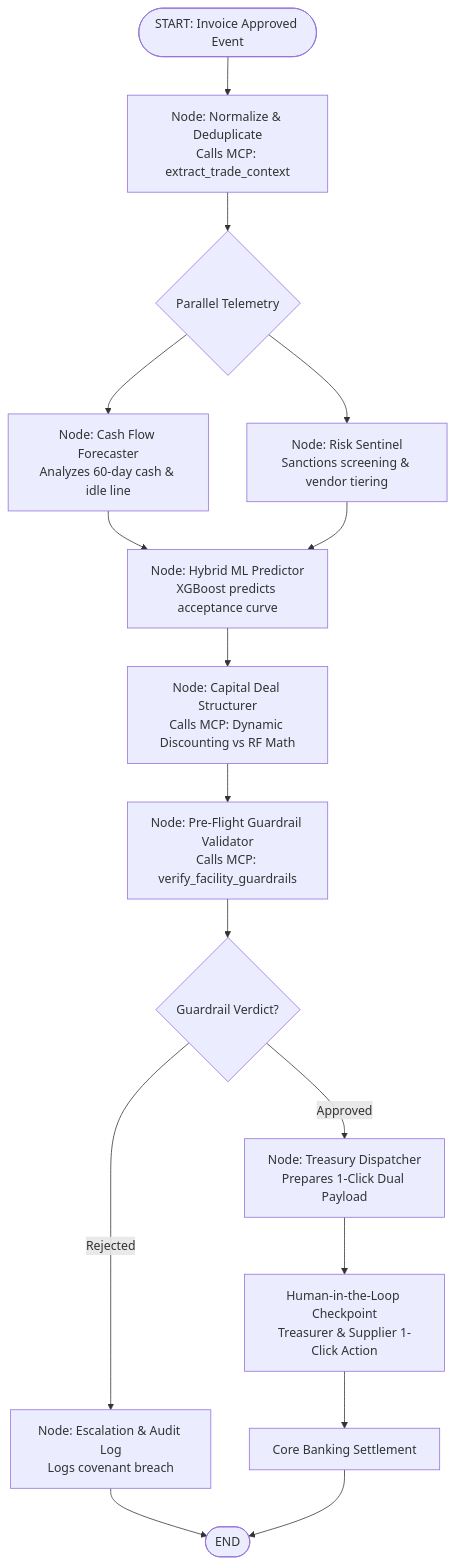
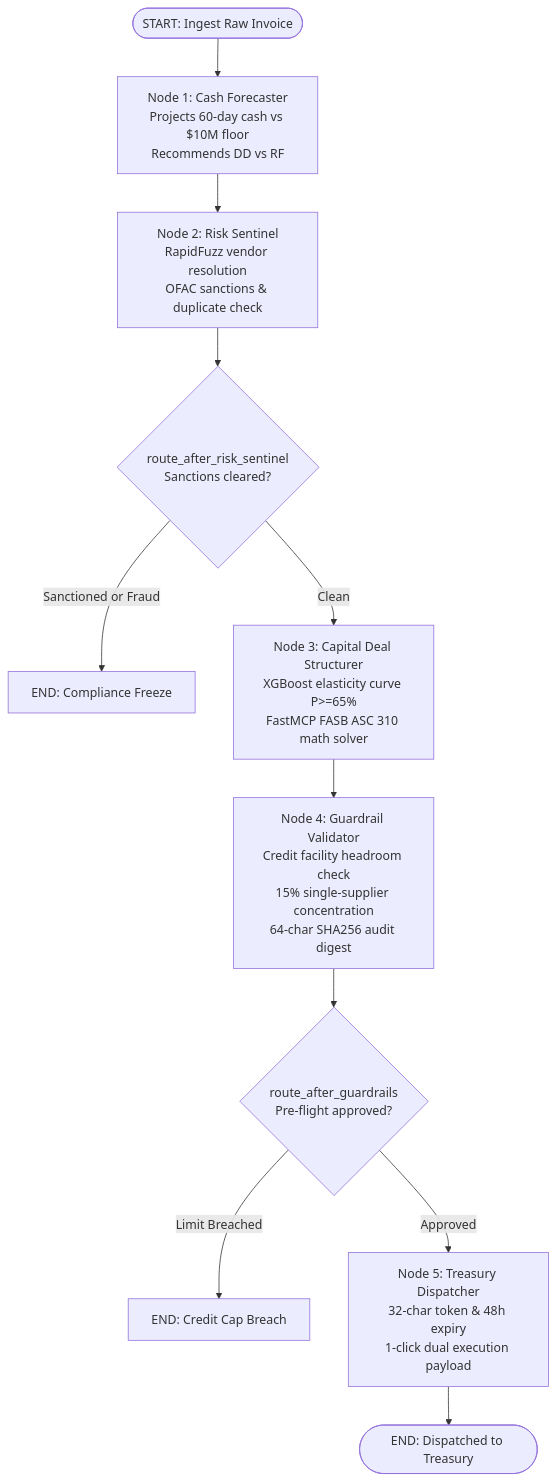
One commit to Gaurav1258/autonomous-scf-engine changed the diagram in plan.md. Above: the diagram before and after it, drawn with Mermaid. The commit also changed other lines of this file, not shown here.

````diff
--- a/plan.md
+++ b/plan.md
@@ -280,18 +275,13 @@
 ```mermaid
 flowchart TD
-    START([START: Invoice Approved Event]) --> NORM[Node: Normalize & Deduplicate\nCalls MCP: extract_trade_context]
-    NORM --> FORK{Parallel Telemetry}
-    FORK --> CASH[Node: Cash Flow Forecaster\nAnalyzes 60-day cash & idle line]
-    FORK --> RISK[Node: Risk Sentinel\nSanctions screening & vendor tiering]
-    CASH --> ML[Node: Hybrid ML Predictor\nXGBoost predicts acceptance curve]
-    RISK --> ML
-    ML --> STRUCT[Node: Capital Deal Structurer\nCalls MCP: Dynamic Discounting vs RF Math]
-    STRUCT --> GUARD[Node: Pre-Flight Guardrail Validator\nCalls MCP: verify_facility_guardrails]
-    GUARD --> DECISION{Guardrail Verdict?}
-    DECISION -->|Approved| DISPATCH[Node: Treasury Dispatcher\nPrepares 1-Click Dual Payload]
-    DECISION -->|Rejected| ESCALATE[Node: Escalation & Audit Log\nLogs covenant breach]
-    DISPATCH --> HITL[Human-in-the-Loop Checkpoint\nTreasurer & Supplier 1-Click Action]
-    HITL --> SETTLE[Core Banking Settlement]
-    ESCALATE --> FIN([END])
-    SETTLE --> FIN
+    START([START: Ingest Raw Invoice]) --> FORECASTER[Node 1: Cash Forecaster\nProjects 60-day cash vs $10M floor\nRecommends DD vs RF]
+    FORECASTER --> SENTINEL[Node 2: Risk Sentinel\nRapidFuzz vendor resolution\nOFAC sanctions & duplicate check]
+    SENTINEL --> ROUTE_RISK{route_after_risk_sentinel\nSanctions cleared?}
+    ROUTE_RISK -->|Sanctioned or Fraud| FREEZE[END: Compliance Freeze]
+    ROUTE_RISK -->|Clean| STRUCTURER[Node 3: Capital Deal Structurer\nXGBoost elasticity curve P>=65%\nFastMCP FASB ASC 310 math solver]
+    STRUCTURER --> VALIDATOR[Node 4: Guardrail Validator\nCredit facility headroom check\n15% single-supplier concentration\n64-char SHA256 audit digest]
+    VALIDATOR --> ROUTE_GUARD{route_after_guardrails\nPre-flight approved?}
+    ROUTE_GUARD -->|Limit Breached| HALT[END: Credit Cap Breach]
+    ROUTE_GUARD -->|Approved| DISPATCHER[Node 5: Treasury Dispatcher\n32-char token & 48h expiry\n1-click dual execution payload]
+    DISPATCHER --> FINISHED([END: Dispatched to Treasury])
 ```
````
